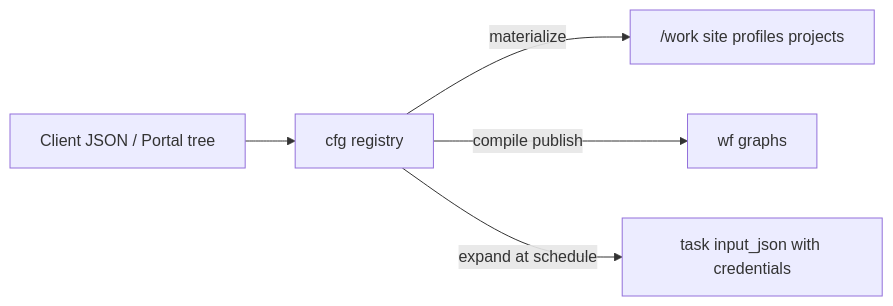
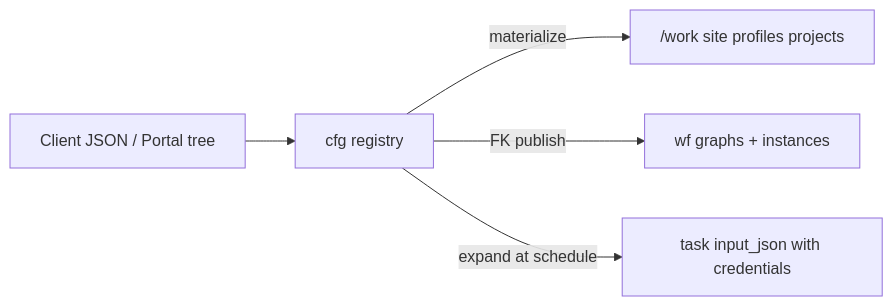
The diagram in docs/architecture/config-registry.md (Goliath-Research/GoliathWorkflow), drawn with Mermaid before and after one commit. The commit also changed other lines of this file and 9 other files, not shown here.

````diff
--- a/docs/architecture/config-registry.md
+++ b/docs/architecture/config-registry.md
@@ -14,7 +31,7 @@
 ```mermaid
 flowchart LR
   authoring["Client JSON / Portal tree"] --> cfg["cfg registry"]
   cfg -->|"materialize"| work["/work site profiles projects"]
-  cfg -->|"compile publish"| wf["wf graphs"]
+  cfg -->|"FK publish"| wf["wf graphs + instances"]
   cfg -->|"expand at schedule"| task["task input_json with credentials"]
 ```
````
